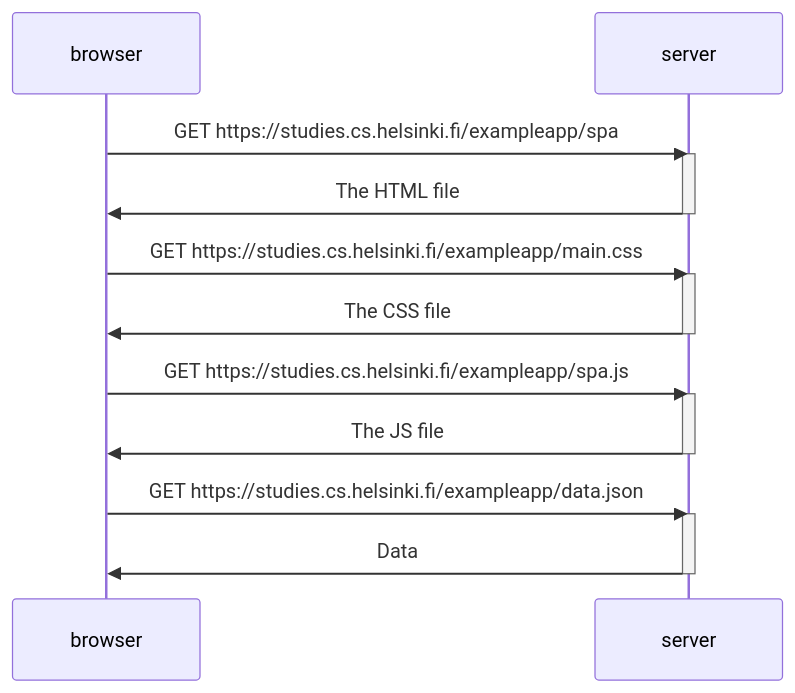
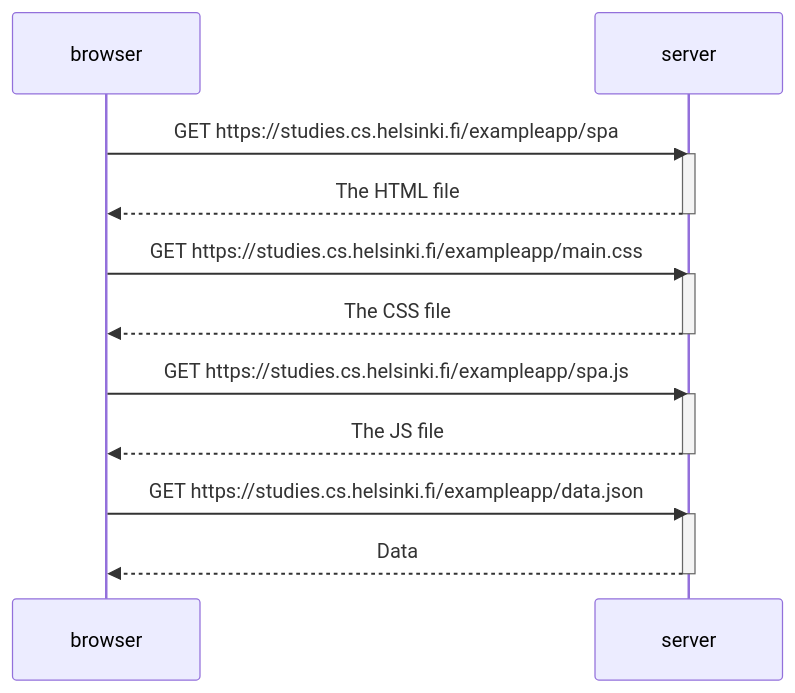
The diagram in part0/ex-0-5.md (Mohireza1/Fullstackopen), drawn with Mermaid before and after one commit.

Commit message:
Fixed the styling of the arrows

````diff
--- a/part0/ex-0-5.md
+++ b/part0/ex-0-5.md
@@ -3,29 +3,29 @@
 ```mermaid
 sequenceDiagram
     
     participant browser
     participant server
 
     browser->>server: GET https://studies.cs.helsinki.fi/exampleapp/spa
     activate server
-    server->>browser: The HTML file
+    server-->>browser: The HTML file
     deactivate server
 
     browser->>server: GET https://studies.cs.helsinki.fi/exampleapp/main.css
     activate server
-    server->>browser: The CSS file
+    server-->>browser: The CSS file
     deactivate server
 
     browser->>server: GET https://studies.cs.helsinki.fi/exampleapp/spa.js
     activate server
-    server->>browser: The JS file
+    server-->>browser: The JS file
     deactivate server
 
     browser->>server: GET https://studies.cs.helsinki.fi/exampleapp/data.json
     activate server
-    server->>browser: Data
+    server-->>browser: Data
     deactivate server
 
 
 
 ```
````
